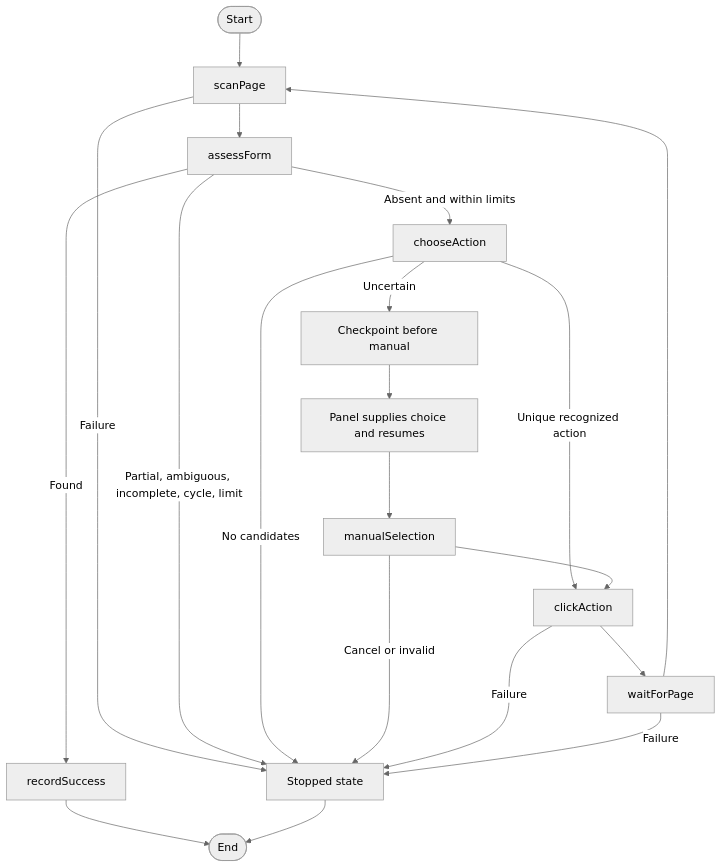
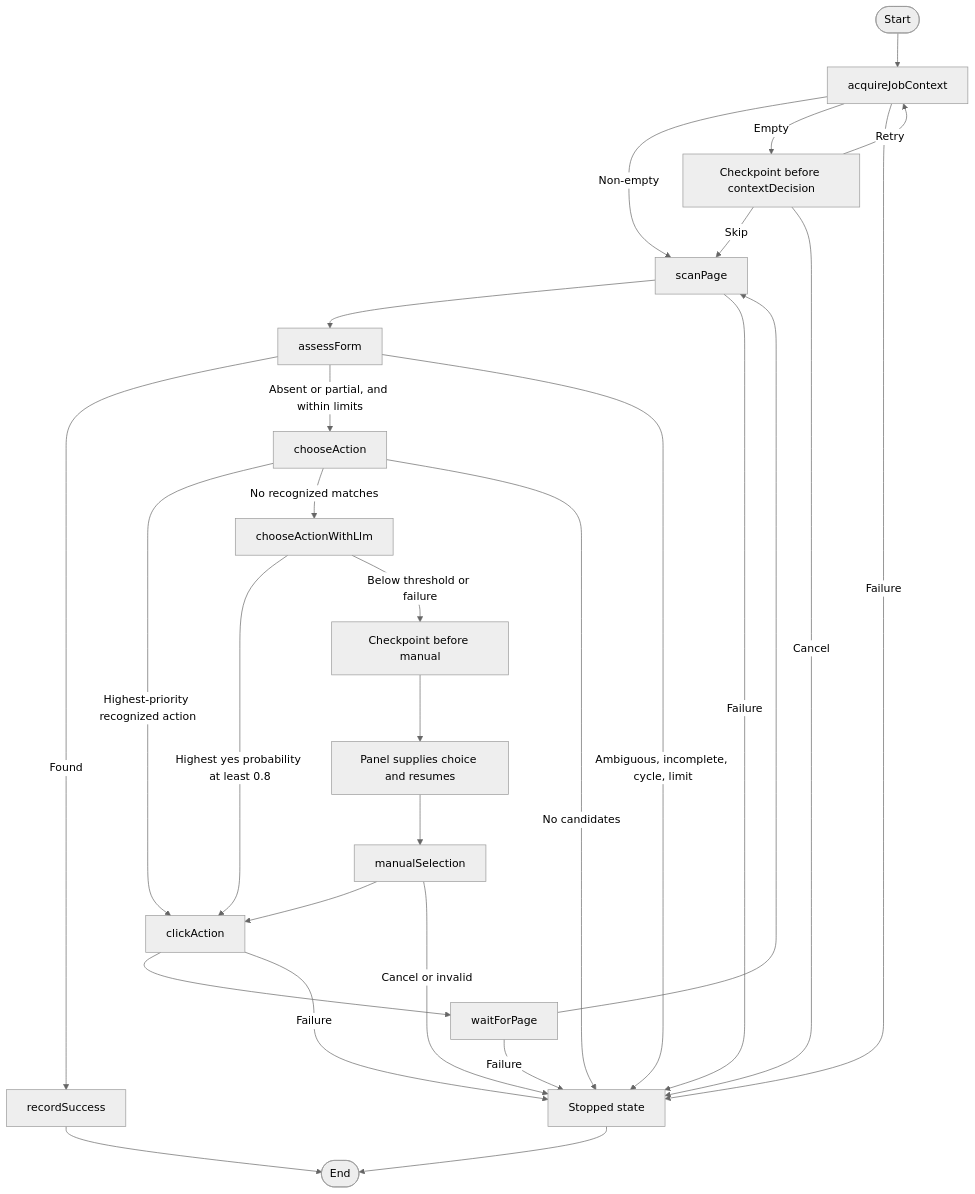
Before and after one commit to filipe-mendes-dev/ragnarok: the third of 4 diagrams in docs/job-extension-tutorial.md, drawn with Mermaid (neutral theme). The commit also changed other lines of this file and 9 other files, not shown here.

Commit message:
feat: enhance job extension documentation and implementation guides, detailing context acquisition, scanning processes, and backend integration for improved developer understanding and workflow clarity

````diff
--- a/docs/job-extension-tutorial.md
+++ b/docs/job-extension-tutorial.md
@@ -827,22 +789,30 @@
 ```mermaid
 flowchart TD
-    Start([Start]) --> Scan[scanPage]
+    Start([Start]) --> Context[acquireJobContext]
+    Context -->|Non-empty| Scan[scanPage]
+    Context -->|Empty| ContextPause[Checkpoint before contextDecision]
+    ContextPause -->|Retry| Context
+    ContextPause -->|Skip| Scan
+    ContextPause -->|Cancel| Stop
+    Context -->|Failure| Stop
     Scan --> Assess[assessForm]
     Assess -->|Found| Learn[recordSuccess]
     Learn --> End([End])
-    Assess -->|Absent and within limits| Choose[chooseAction]
-    Choose -->|Unique recognized action| Click[clickAction]
-    Choose -->|Uncertain| Pause[Checkpoint before manual]
+    Assess -->|Absent or partial, and within limits| Choose[chooseAction]
+    Choose -->|Highest-priority recognized action| Click[clickAction]
+    Choose -->|No recognized matches| Llm[chooseActionWithLlm]
+    Llm -->|Highest yes probability at least 0.8| Click
+    Llm -->|Below threshold or failure| Pause[Checkpoint before manual]
     Pause --> Update[Panel supplies choice and resumes]
     Update --> Manual[manualSelection]
     Manual --> Click
     Click --> Wait[waitForPage]
     Wait --> Scan
     Scan -->|Failure| Stop[Stopped state]
-    Assess -->|Partial, ambiguous, incomplete, cycle, limit| Stop
+    Assess -->|Ambiguous, incomplete, cycle, limit| Stop
     Choose -->|No candidates| Stop
     Manual -->|Cancel or invalid| Stop
     Click -->|Failure| Stop
     Wait -->|Failure| Stop
     Stop --> End
 ```
````
